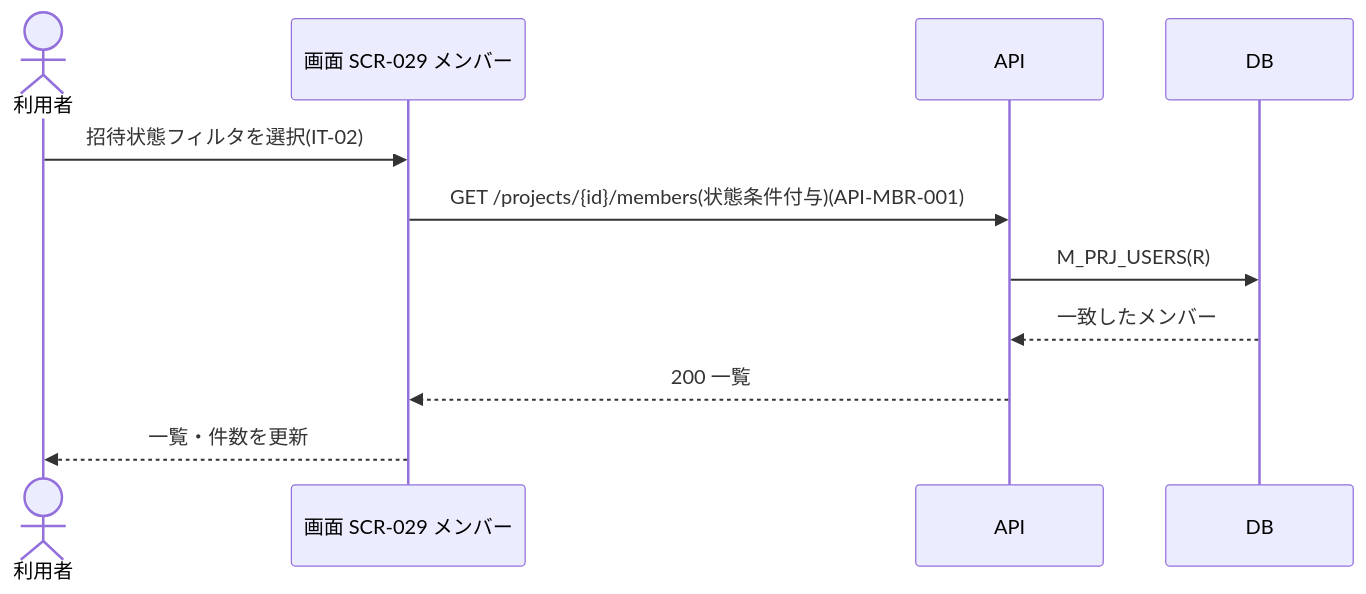
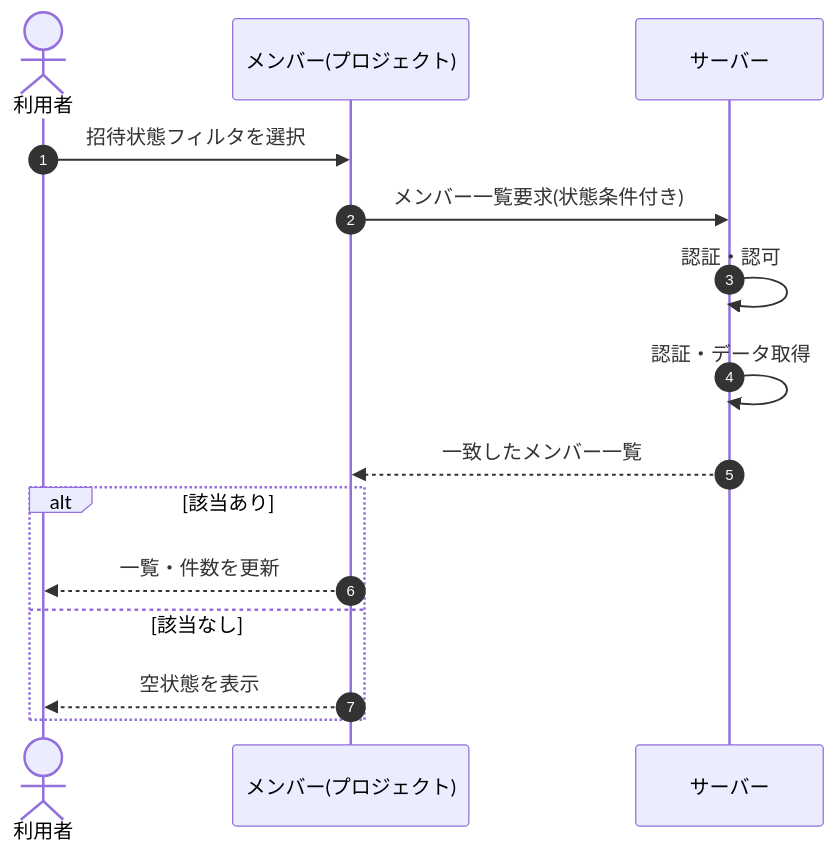
Before and after one commit to sikakou54/open-faq: the diagram in 02_basic_design/05_sequences/SEQ-045.md, drawn with Mermaid. The commit also changed other lines of this file and 108 other files, not shown here.

First line of the commit message:
基本設計: シーケンス図を基本設計粒度(ユーザー/画面/サーバー)へ再編成

````diff
--- a/02_basic_design/05_sequences/SEQ-045.md
+++ b/02_basic_design/05_sequences/SEQ-045.md
@@ -25,13 +32,17 @@
 ```mermaid
 sequenceDiagram
+  autonumber
   actor U as 利用者
-  participant S as 画面 SCR-029 メンバー
-  participant API as API
-  participant DB as DB
-  U->>S: 招待状態フィルタを選択(IT-02)
-  S->>API: GET /projects/{id}/members(状態条件付与)(API-MBR-001)
-  API->>DB: M_PRJ_USERS(R)
-  DB-->>API: 一致したメンバー
-  API-->>S: 200 一覧
-  S-->>U: 一覧・件数を更新
+  participant Screen as メンバー(プロジェクト)
+  participant Server as サーバー
+  U->>Screen: 招待状態フィルタを選択
+  Screen->>Server: メンバー一覧要求(状態条件付き)
+  Server->>Server: 認証・認可
+  Server->>Server: 認証・データ取得
+  Server-->>Screen: 一致したメンバー一覧
+  alt 該当あり
+    Screen-->>U: 一覧・件数を更新
+  else 該当なし
+    Screen-->>U: 空状態を表示
+  end
 ```
````
